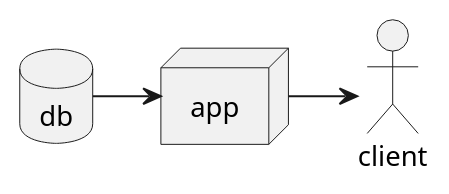
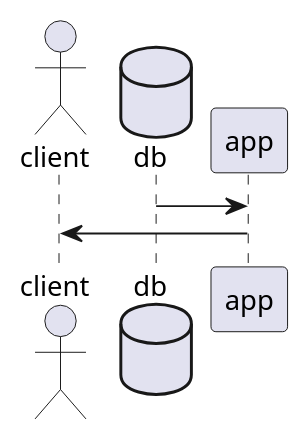
Before and after one commit to mordsm/Automation: the first of 2 diagrams in README.md, drawn with PlantUML. The commit also changed other lines of this file and 33 other files, not shown here.

````diff
--- a/README.md
+++ b/README.md
@@ -1,10 +4,8 @@
-```plantuml
-@startuml component
+@startuml 
 actor client
-node app
+
 database db
-
 db -> app
 app -> client
+
 @enduml
-```
````
